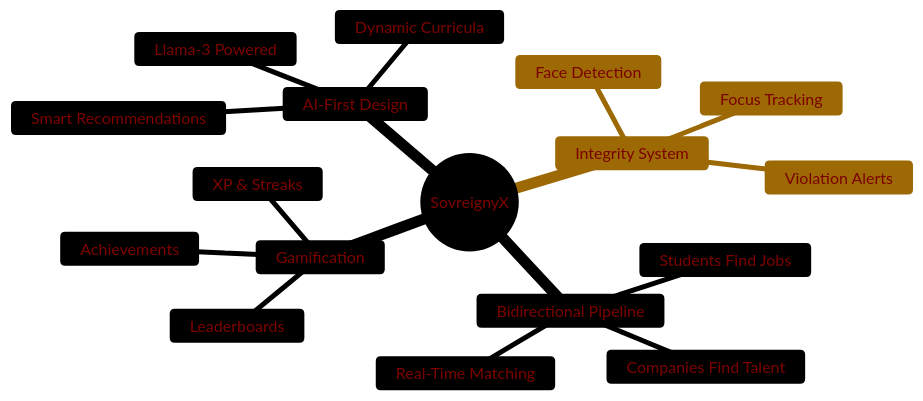
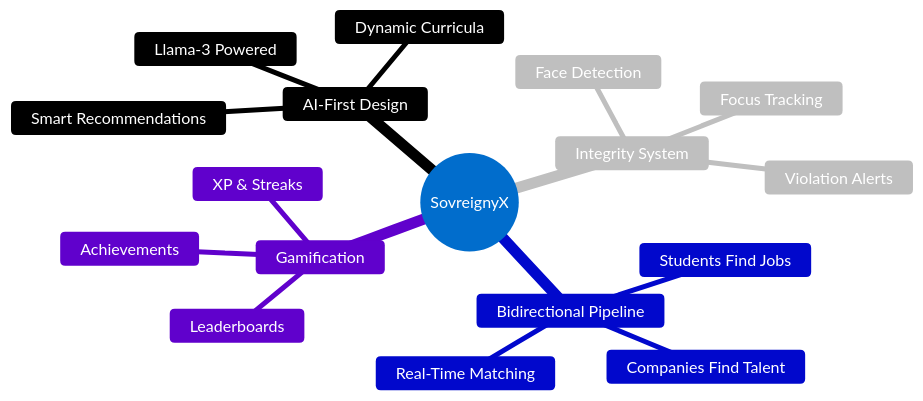
One commit to dhanasai2/SovreignyX_Final changed the first of 5 diagrams in README.md. Above: the diagram before and after it, drawn with Mermaid.

Commit message:
Update Mermaid theme colors in README

````diff
--- a/README.md
+++ b/README.md
@@ -169,21 +169,21 @@
 ```mermaid
-%%{init: {'theme':'base', 'themeVariables': { 'primaryColor':'#7C0200','primaryTextColor':'#7C0200','primaryBorderColor':'#7C0200','lineColor':'#F8B229','secondaryColor':'#006100','tertiaryColor':'#F8B229'}}}%%
+%%{init: {'theme':'base', 'themeVariables': { 'primaryColor':'#4facfe','primaryTextColor':'#fff','primaryBorderColor':'#7C0200','lineColor':'#F8B229','secondaryColor':'#006100','tertiaryColor':'#fff'}}}%%
 mindmap
   root((SovreignyX))
     AI-First Design
       Llama-3 Powered
       Dynamic Curricula
       Smart Recommendations
     Integrity System
       Face Detection
       Focus Tracking
       Violation Alerts
     Bidirectional Pipeline
       Students Find Jobs
       Companies Find Talent
       Real-Time Matching
     Gamification
       XP & Streaks
       Leaderboards
       Achievements
 ```
````
